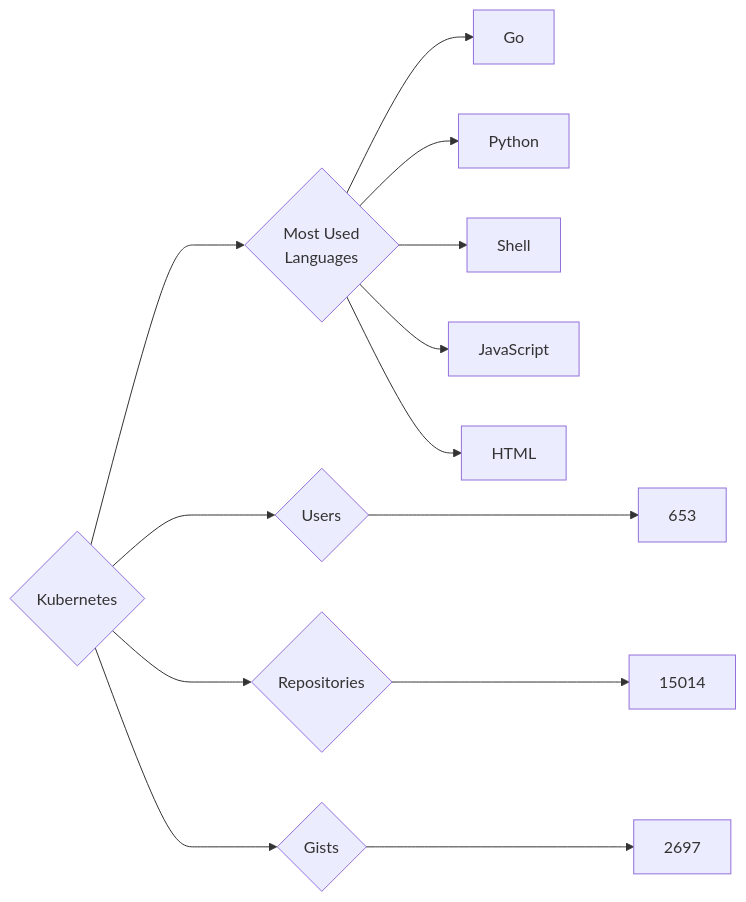
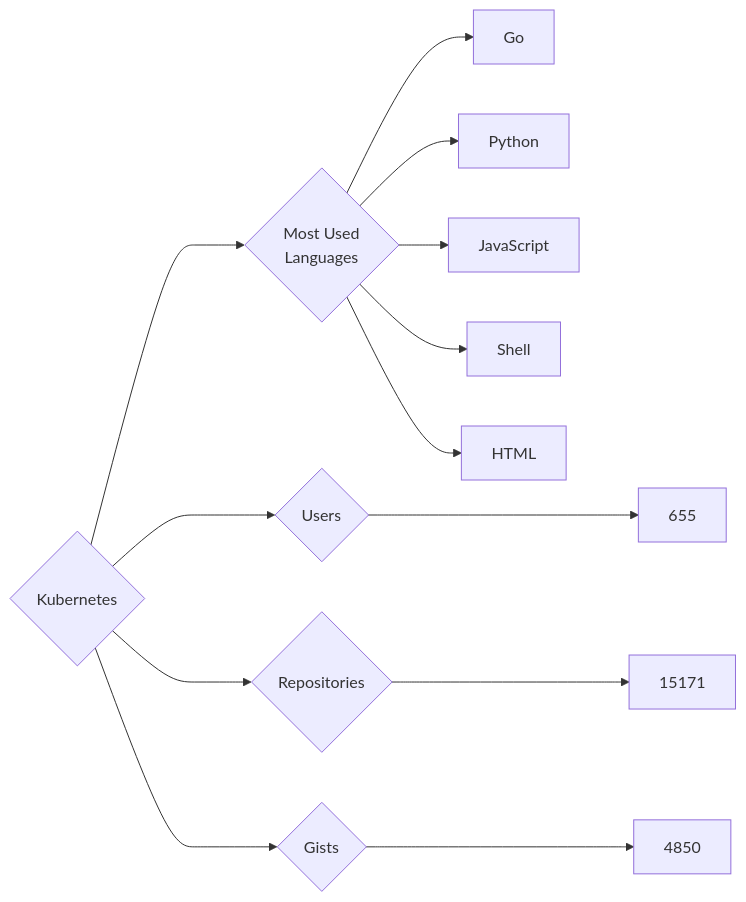
Before and after one commit to trickest/insiders: the diagram in targets/Kubernetes/README.md, drawn with Mermaid. The commit also changed 569 other files, not shown here.

````diff
--- a/targets/Kubernetes/README.md
+++ b/targets/Kubernetes/README.md
@@ -3,13 +3,13 @@
 ```mermaid
 graph LR
 COMPANY_NAME{Kubernetes}
-COMPANY_NAME ---> U{Users} ---> UN[653]
-COMPANY_NAME ---> R{Repositories} ---> RN[15014]
-COMPANY_NAME ---> G{Gists} ---> GN[2697]
+COMPANY_NAME ---> U{Users} ---> UN[655]
+COMPANY_NAME ---> R{Repositories} ---> RN[15171]
+COMPANY_NAME ---> G{Gists} ---> GN[4850]
 COMPANY_NAME ---> ML{Most Used<br>Languages}
 ML --> Go[Go]
 ML --> Python[Python]
+ML --> JavaScript[JavaScript]
 ML --> Shell[Shell]
-ML --> JavaScript[JavaScript]
 ML --> HTML[HTML]
 ```
````
